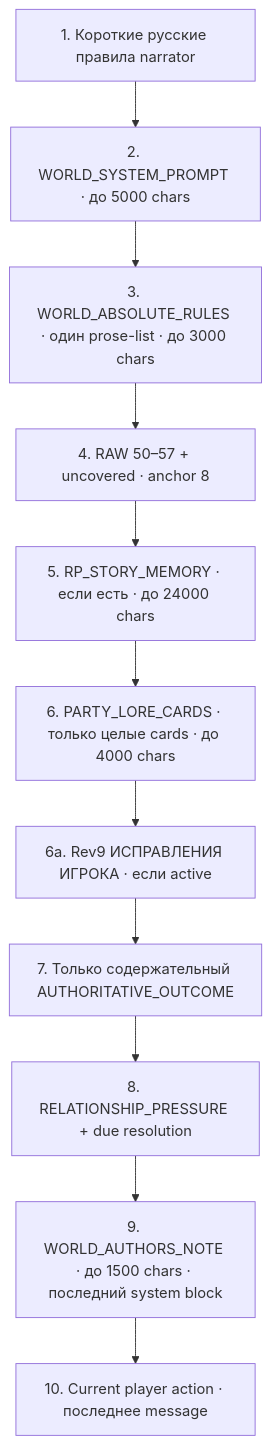
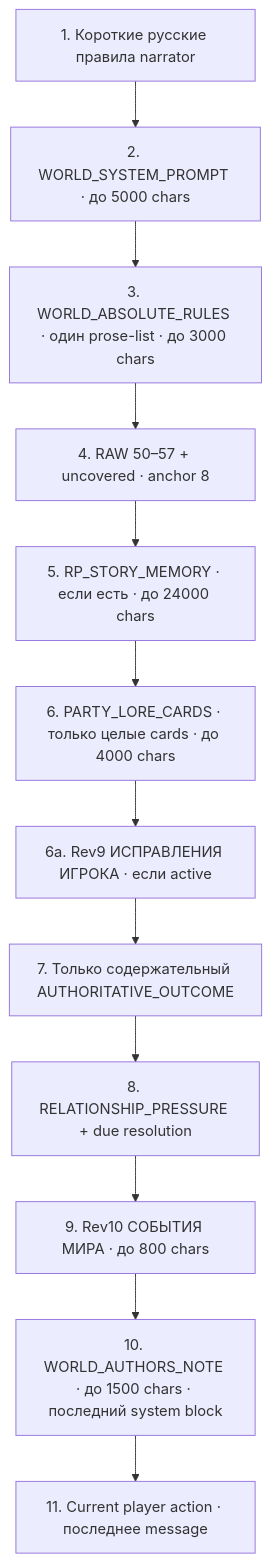
The sixth of 7 diagrams in docs/wiki/05-memory-and-retrieval.md (abykovwww-byte/ubuntu_ansible_palybooks), drawn with Mermaid before and after one commit. The commit also changed other lines of this file and 34 other files, not shown here.

````diff
--- a/docs/wiki/05-memory-and-retrieval.md
+++ b/docs/wiki/05-memory-and-retrieval.md
@@ -297,13 +297,14 @@
 ```mermaid
 flowchart TB
     A["1. Короткие русские правила narrator"] --> B["2. WORLD_SYSTEM_PROMPT · до 5000 chars"]
     B --> C["3. WORLD_ABSOLUTE_RULES · один prose-list · до 3000 chars"]
     C --> D["4. RAW 50–57 + uncovered · anchor 8"]
     D --> E["5. RP_STORY_MEMORY · если есть · до 24000 chars"]
     E --> F["6. PARTY_LORE_CARDS · только целые cards · до 4000 chars"]
     F --> C9["6a. Rev9 ИСПРАВЛЕНИЯ ИГРОКА · если active"]
     C9 --> G["7. Только содержательный AUTHORITATIVE_OUTCOME"]
     G --> H["8. RELATIONSHIP_PRESSURE + due resolution"]
-    H --> I["9. WORLD_AUTHORS_NOTE · до 1500 chars · последний system block"]
-    I --> J["10. Current player action · последнее message"]
+    H --> WC["9. Rev10 СОБЫТИЯ МИРА · до 800 chars"]
+    WC --> I["10. WORLD_AUTHORS_NOTE · до 1500 chars · последний system block"]
+    I --> J["11. Current player action · последнее message"]
 ```
````
